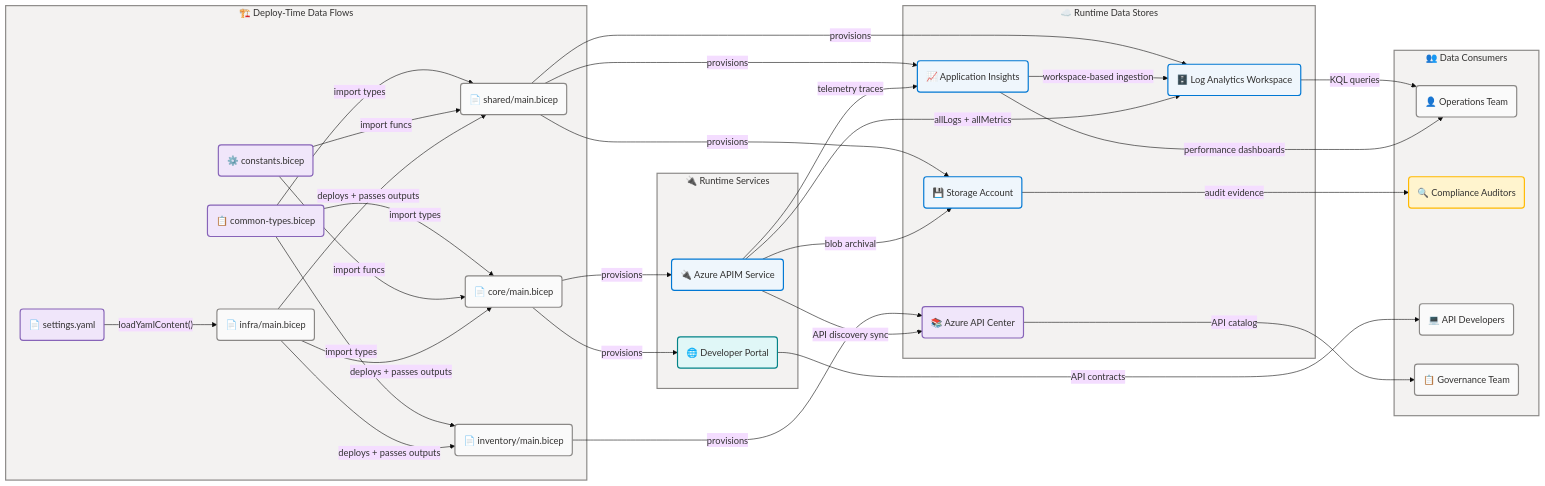
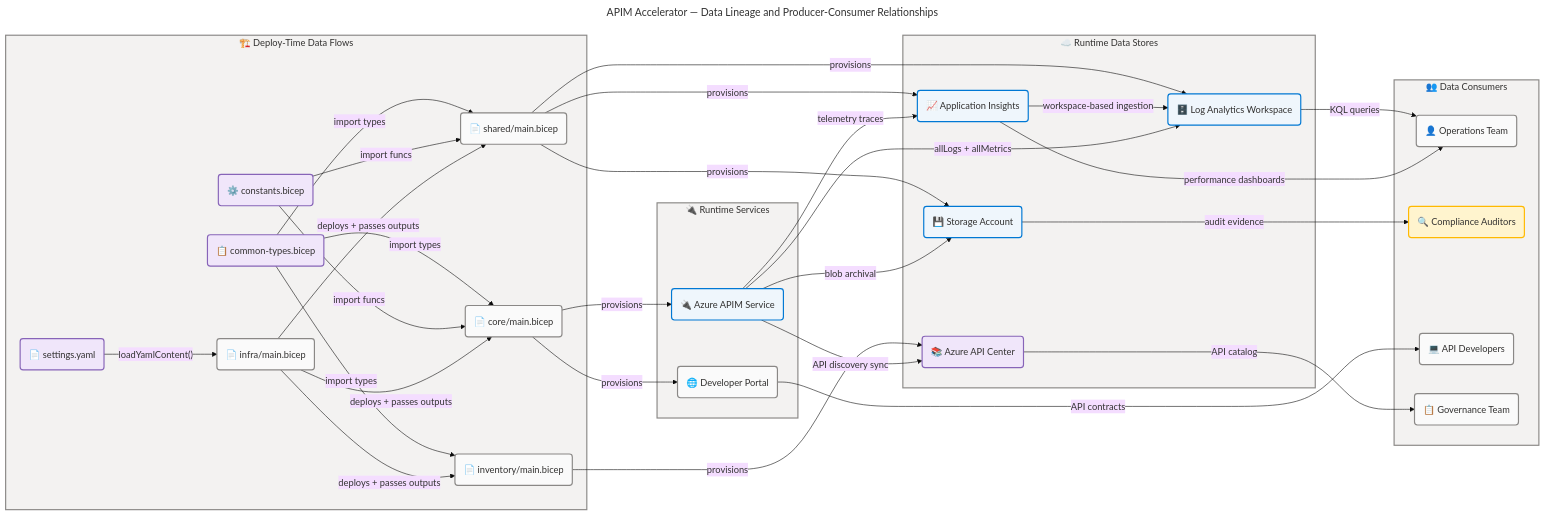
One commit to Evilazaro/APIM-Accelerator changed the fourth of 4 diagrams in docs/architecture/data-architecture.md. Above: the diagram before and after it, drawn with Mermaid. The commit also changed other lines of this file, not shown here.

Commit message:
style: update Mermaid diagram configurations and enhance documentation clarity

````diff
--- a/docs/architecture/data-architecture.md
+++ b/docs/architecture/data-architecture.md
@@ -920,11 +931,14 @@
 ```mermaid
 ---
+title: "APIM Accelerator — Data Lineage and Producer-Consumer Relationships"
 config:
   theme: base
   look: classic
   layout: dagre
   themeVariables:
-    fontSize: "16px"
+    fontSize: '16px'
+  flowchart:
+    htmlLabels: true
 ---
 flowchart LR
     accTitle: APIM Accelerator Data Lineage and Producer-Consumer Relationships
@@ -999,7 +1013,7 @@
     classDef core fill:#EFF6FC,stroke:#0078D4,stroke-width:2px,color:#323130
     classDef data fill:#F0E6FA,stroke:#8764B8,stroke-width:2px,color:#323130
     classDef neutral fill:#FAFAFA,stroke:#8A8886,stroke-width:2px,color:#323130
-    classDef external fill:#E0F7F7,stroke:#038387,stroke-width:2px,color:#323130
+    classDef external fill:#FAFAFA,stroke:#8A8886,stroke-width:2px,color:#323130
     classDef warning fill:#FFF4CE,stroke:#FFB900,stroke-width:2px,color:#323130
 
     style deployTime fill:#F3F2F1,stroke:#8A8886,stroke-width:2px,color:#323130
````
